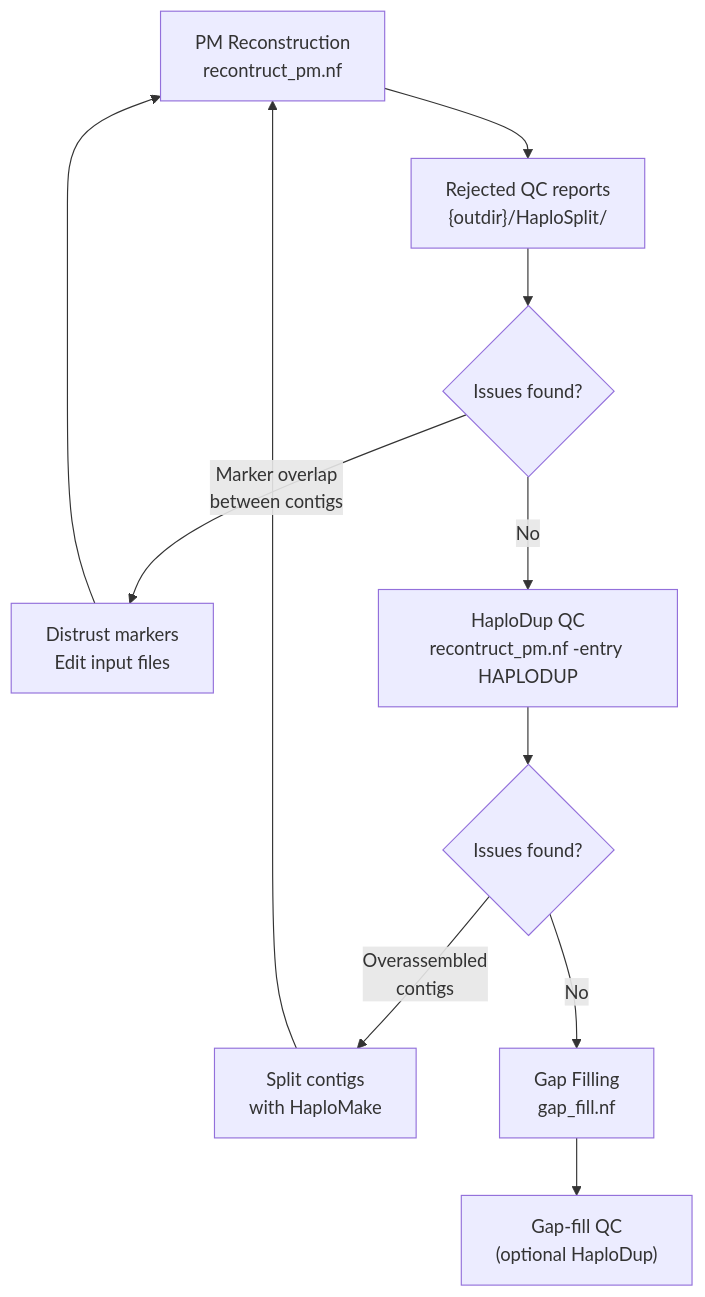
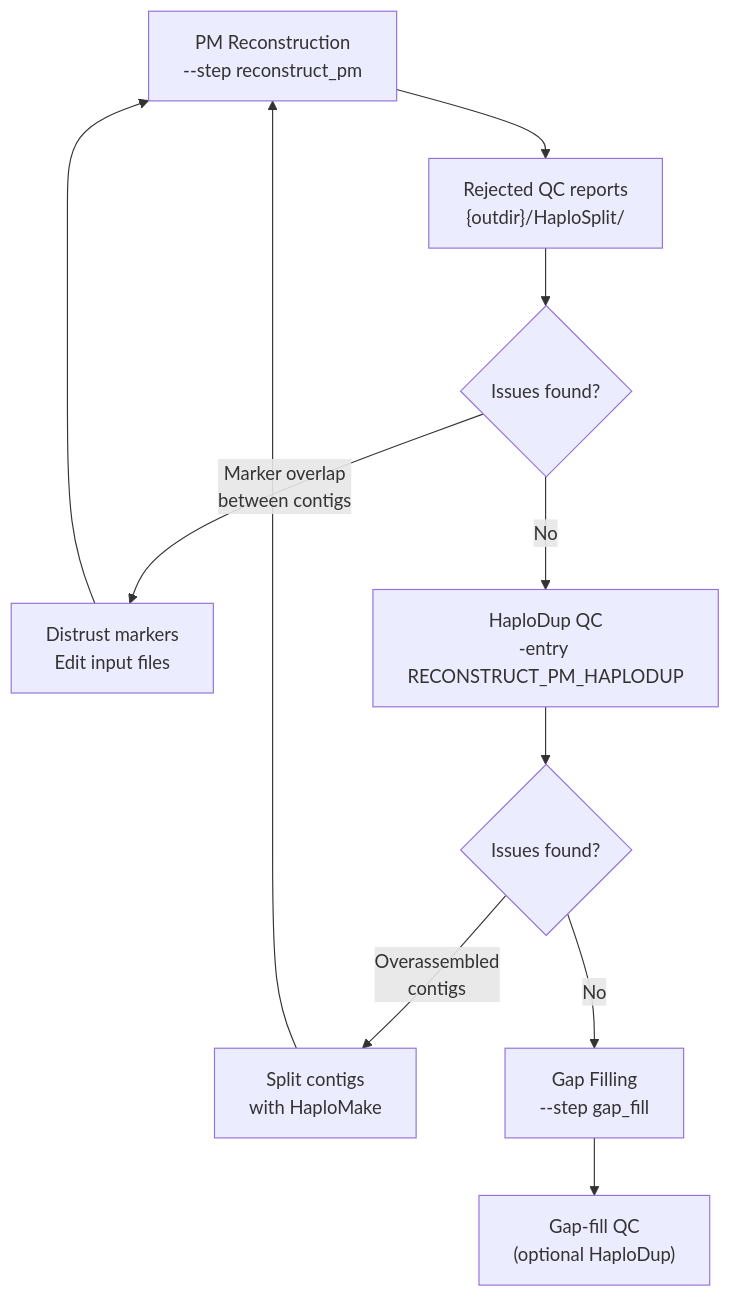
Before and after one commit to noecochetel/HaploSync: the diagram in nextflow/docs/curation_guide.md, drawn with Mermaid. The commit also changed other lines of this file and 6 other files, not shown here.

````diff
--- a/nextflow/docs/curation_guide.md
+++ b/nextflow/docs/curation_guide.md
@@ -9,13 +9,13 @@
 ```mermaid
 flowchart TD
-    A["PM Reconstruction\nrecontruct_pm.nf"] --> B["Rejected QC reports\n{outdir}/HaploSplit/"]
+    A["PM Reconstruction\n--step reconstruct_pm"] --> B["Rejected QC reports\n{outdir}/HaploSplit/"]
     B --> C{Issues found?}
     C -->|"Marker overlap\nbetween contigs"| D["Distrust markers\nEdit input files"]
     D --> A
-    C -->|No| E["HaploDup QC\nrecontruct_pm.nf -entry HAPLODUP"]
+    C -->|No| E["HaploDup QC\n-entry RECONSTRUCT_PM_HAPLODUP"]
     E --> F{Issues found?}
     F -->|"Overassembled\ncontigs"| G["Split contigs\nwith HaploMake"]
     G --> A
-    F -->|No| H["Gap Filling\ngap_fill.nf"]
+    F -->|No| H["Gap Filling\n--step gap_fill"]
     H --> I["Gap-fill QC\n(optional HaploDup)"]
 ```
````
